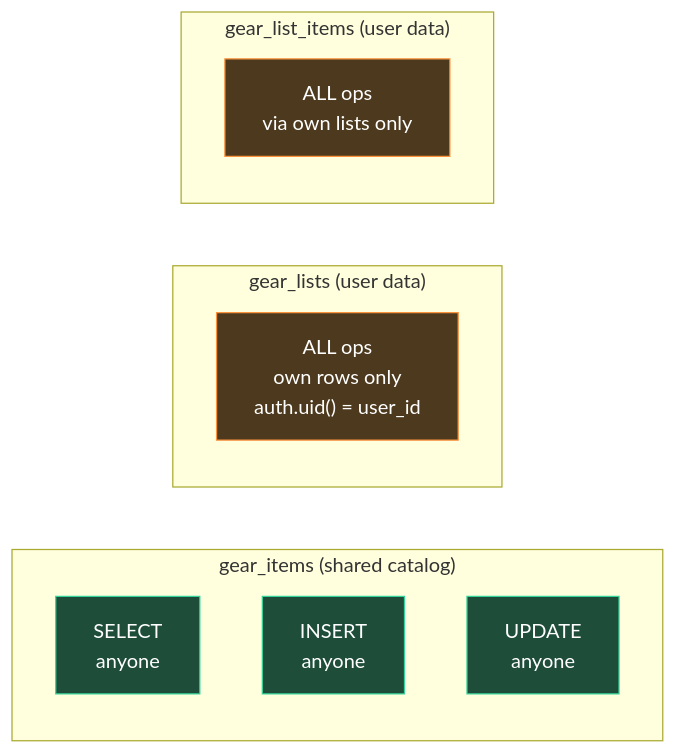
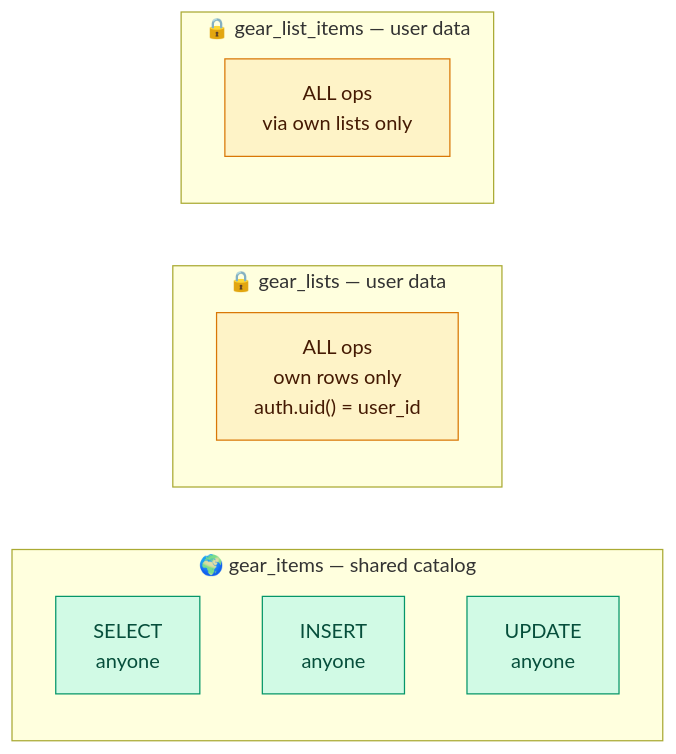
The sixth of 14 diagrams in docs/architecture.md (alexzhel-io/veloadout), drawn with Mermaid before and after one commit. The commit also changed other lines of this file and 1 other file, not shown here.

Commit message:
docs: translate to English, pastel colors on all diagrams

````diff
--- a/docs/architecture.md
+++ b/docs/architecture.md
@@ -248,22 +260,22 @@
 ```mermaid
 graph LR
-    subgraph gear_items["gear_items (shared catalog)"]
+    subgraph gear_items["🌍 gear_items — shared catalog"]
         GI_R["SELECT<br>anyone"]
         GI_I["INSERT<br>anyone"]
         GI_U["UPDATE<br>anyone"]
     end
 
-    subgraph gear_lists["gear_lists (user data)"]
+    subgraph gear_lists["🔒 gear_lists — user data"]
         GL_ALL["ALL ops<br>own rows only<br>auth.uid() = user_id"]
     end
 
-    subgraph gear_list_items["gear_list_items (user data)"]
+    subgraph gear_list_items["🔒 gear_list_items — user data"]
         GLI_ALL["ALL ops<br>via own lists only"]
     end
 
-    style GI_R fill:#1e4d3a,stroke:#34d399,color:#fff
-    style GI_I fill:#1e4d3a,stroke:#34d399,color:#fff
-    style GI_U fill:#1e4d3a,stroke:#34d399,color:#fff
-    style GL_ALL fill:#4d3a1e,stroke:#fb923c,color:#fff
-    style GLI_ALL fill:#4d3a1e,stroke:#fb923c,color:#fff
+    style GI_R fill:#d1fae5,stroke:#059669,color:#064e3b
+    style GI_I fill:#d1fae5,stroke:#059669,color:#064e3b
+    style GI_U fill:#d1fae5,stroke:#059669,color:#064e3b
+    style GL_ALL fill:#fef3c7,stroke:#d97706,color:#451a03
+    style GLI_ALL fill:#fef3c7,stroke:#d97706,color:#451a03
 ```
````
